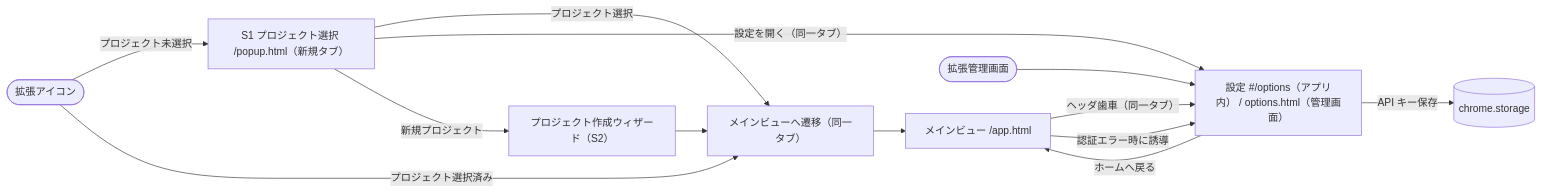
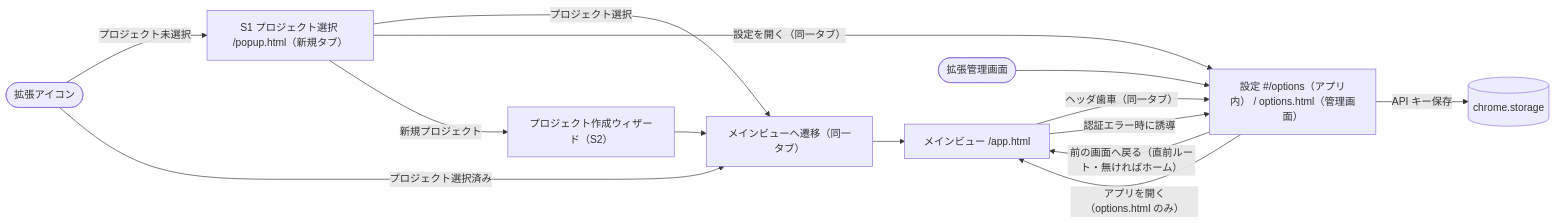
The first of 3 diagrams in docs/ui-flow.md (youkiti/sr-data-extraction-plugin), drawn with Mermaid before and after one commit. The commit also changed 9 other files, not shown here.

````diff
--- a/docs/ui-flow.md
+++ b/docs/ui-flow.md
@@ -22,16 +22,17 @@
 ```mermaid
 flowchart LR
     Icon([拡張アイコン]) -->|プロジェクト未選択| Popup["S1 プロジェクト選択 /popup.html（新規タブ）"]
     Icon -->|プロジェクト選択済み| Open
     Popup -->|プロジェクト選択| Open[メインビューへ遷移（同一タブ）]
     Popup -->|設定を開く（同一タブ）| Options
     Popup -->|新規プロジェクト| New["プロジェクト作成ウィザード（S2）"]
     New --> Open
     Open --> Main[メインビュー /app.html]
 
     Main -->|ヘッダ歯車（同一タブ）| Options["設定 #/options（アプリ内） / options.html（管理画面）"]
-    Options -->|ホームへ戻る| Main
+    Options -->|前の画面へ戻る（直前ルート・無ければホーム）| Main
+    Options -->|アプリを開く（options.html のみ）| Main
     Manage([拡張管理画面]) --> Options
     Options -->|API キー保存| Storage[(chrome.storage)]
     Main -->|認証エラー時に誘導| Options
 ```
````
